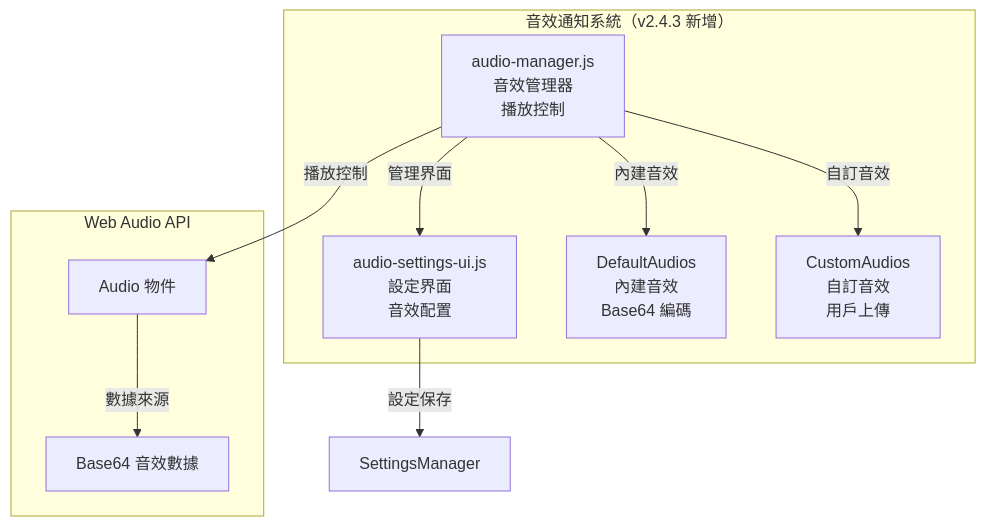
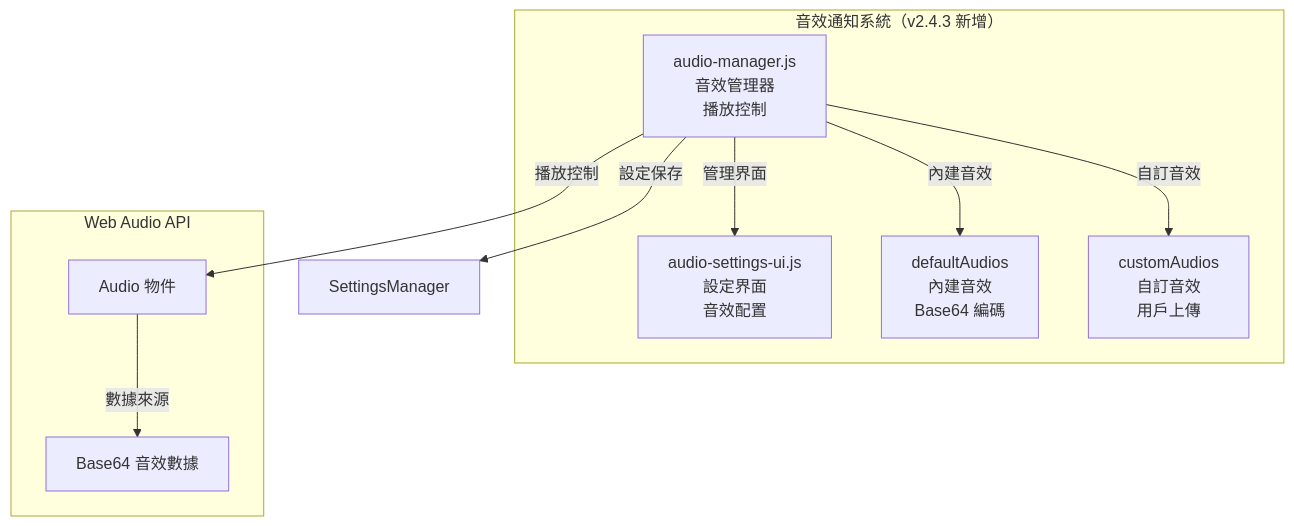
Before and after one commit to CloudEngineHub/mcp-feedback-enhanced: the eighth of 12 diagrams in docs/architecture/component-details.md, drawn with Mermaid. The commit also changed other lines of this file, not shown here.

````diff
--- a/docs/architecture/component-details.md
+++ b/docs/architecture/component-details.md
@@ -627,21 +609,21 @@
 ```mermaid
 graph TB
     subgraph "音效通知系統（v2.4.3 新增）"
         AM[audio-manager.js<br/>音效管理器<br/>播放控制]
         ASU[audio-settings-ui.js<br/>設定界面<br/>音效配置]
-        DA[DefaultAudios<br/>內建音效<br/>Base64 編碼]
-        CA[CustomAudios<br/>自訂音效<br/>用戶上傳]
+        DA[defaultAudios<br/>內建音效<br/>Base64 編碼]
+        CA[customAudios<br/>自訂音效<br/>用戶上傳]
     end
 
     subgraph "Web Audio API"
         AUDIO[Audio 物件]
         BASE64[Base64 音效數據]
     end
 
     AM -->|管理界面| ASU
     AM -->|內建音效| DA
     AM -->|自訂音效| CA
     AM -->|播放控制| AUDIO
     AUDIO -->|數據來源| BASE64
-    ASU -->|設定保存| SettingsManager
+    AM -->|設定保存| SettingsManager
 ```
````
